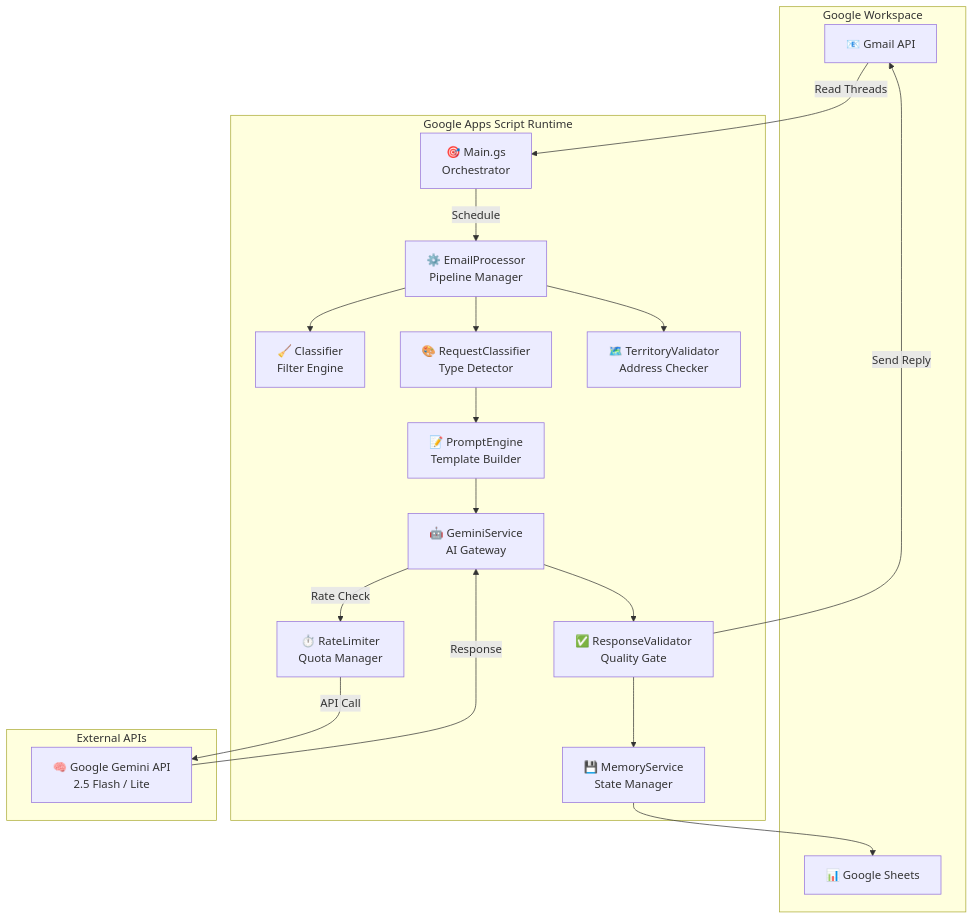
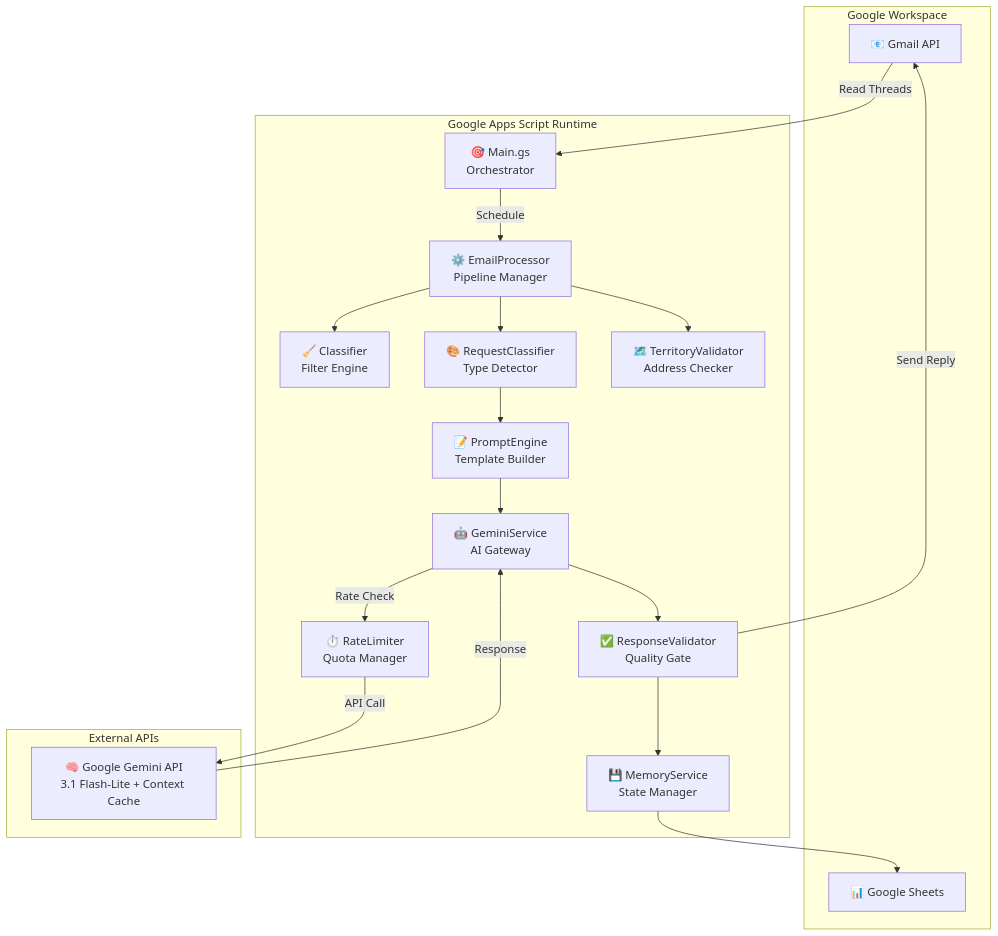
The first of 9 diagrams in docs/ARCHITECTURE_DIAGRAMS_IT.md (rasanfil-source/segreteria), drawn with Mermaid before and after one commit. The commit also changed other lines of this file and 24 other files, not shown here.

````diff
--- a/docs/ARCHITECTURE_DIAGRAMS_IT.md
+++ b/docs/ARCHITECTURE_DIAGRAMS_IT.md
@@ -11,39 +11,39 @@
 ```mermaid
 graph TB
     subgraph "Google Workspace"
         Gmail["📧 Gmail API"]
         Sheets["📊 Google Sheets"]
     end
     
     subgraph "Google Apps Script Runtime"
         Main["🎯 Main.gs<br/>Orchestrator"]
         Proc["⚙️ EmailProcessor<br/>Pipeline Manager"]
         Class["🧹 Classifier<br/>Filter Engine"]
         ReqClass["🎨 RequestClassifier<br/>Type Detector"]
         Gemini["🤖 GeminiService<br/>AI Gateway"]
         Valid["✅ ResponseValidator<br/>Quality Gate"]
         Memory["💾 MemoryService<br/>State Manager"]
         Rate["⏱️ RateLimiter<br/>Quota Manager"]
         Prompt["📝 PromptEngine<br/>Template Builder"]
         Territory["🗺️ TerritoryValidator<br/>Address Checker"]
     end
     
     subgraph "External APIs"
-        GeminiAPI["🧠 Google Gemini API<br/>2.5 Flash / Lite"]
+        GeminiAPI["🧠 Google Gemini API<br/>3.1 Flash-Lite + Context Cache"]
     end
     
     Gmail -->|Read Threads| Main
     Main -->|Schedule| Proc
     Proc --> Class
     Proc --> ReqClass
     Proc --> Territory
     ReqClass --> Prompt
     Prompt --> Gemini
     Gemini -->|Rate Check| Rate
     Rate -->|API Call| GeminiAPI
     GeminiAPI -->|Response| Gemini
     Gemini --> Valid
     Valid --> Memory
     Memory --> Sheets
     Valid -->|Send Reply| Gmail
 ```
````
